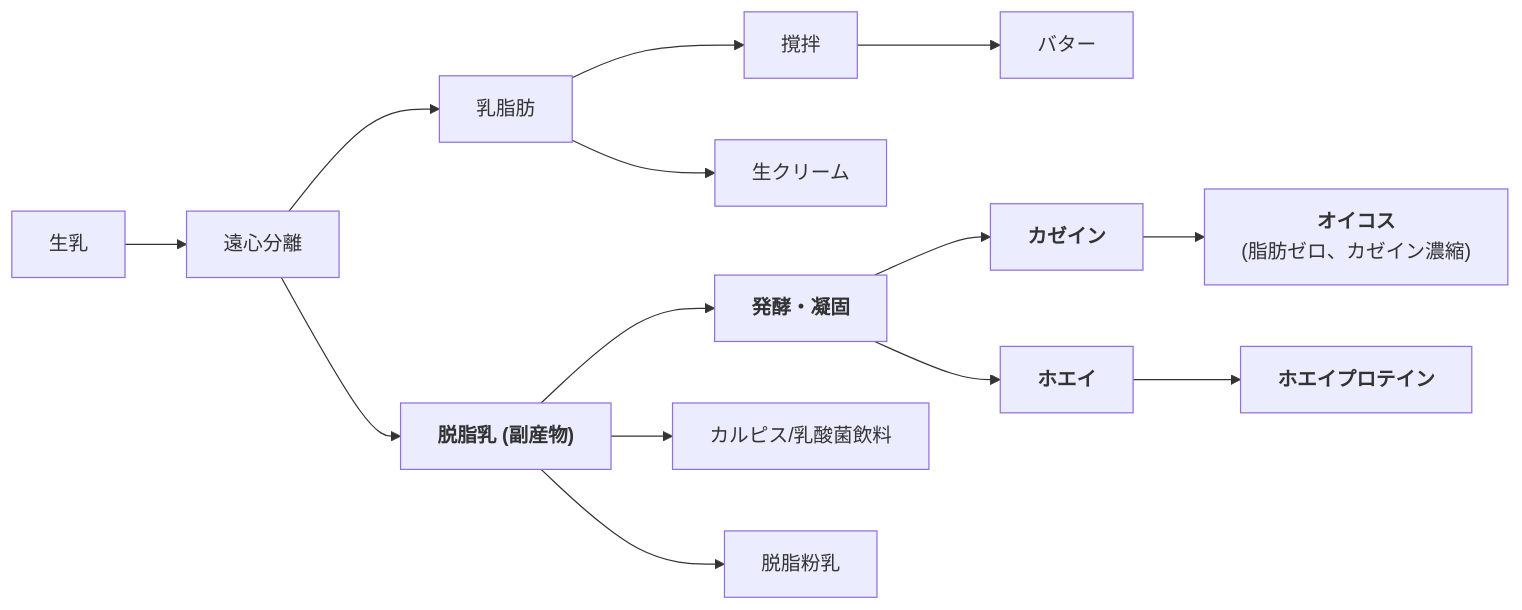
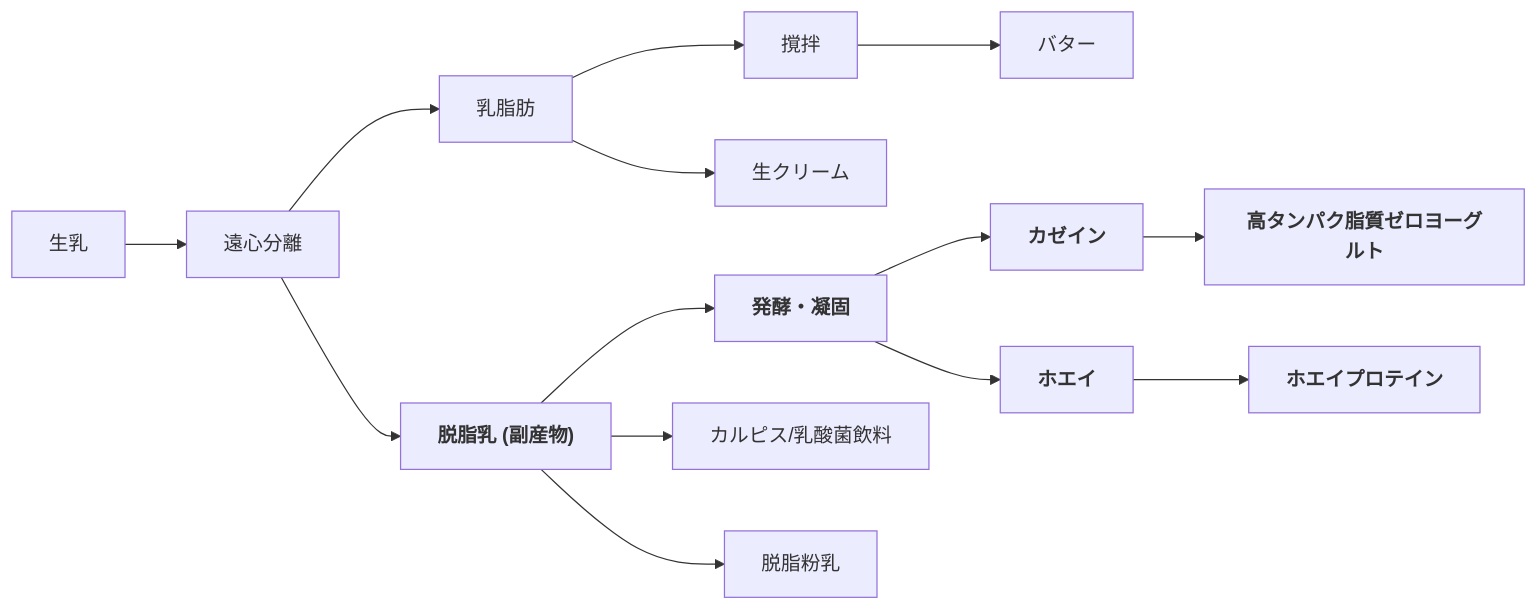
One commit to ussyi-git/- changed the first of 2 diagrams in README.md. Above: the diagram before and after it, drawn with Mermaid.

````diff
--- a/README.md
+++ b/README.md
@@ -1,23 +1,23 @@
 ```mermaid
 graph LR
 Milk["生乳"]-->Separator["遠心分離"]
 %% --- クリーム側の流れ ---
 Separator-->Cream["乳脂肪"]
 Cream-->ButterProcess["撹拌"]
   Cream-->creamyProcess["生クリーム"]
 ButterProcess-->Butter["バター"]
 %% --- 脱脂乳側の流れ ---
 Separator-->SkimMilk["<b>脱脂乳 (副産物)</b>"]
 %% 発酵プロセスへ
 SkimMilk-->Ferment["<b>発酵・凝固</b>"]
 %% そのまま加工
 SkimMilk-->Calpis["カルピス/乳酸菌飲料"]
 SkimMilk-->Powder["脱脂粉乳"]
 %% 固形分（カゼイン）の行方
 Ferment-->Curd["<b>カゼイン</b>"]
-Curd-->Oikos["<b>オイコス</b><br>(脂肪ゼロ、カゼイン濃縮)"]
+Curd-->Oikos["<b>高タンパク脂質ゼロヨーグルト</b>"]
 %% 液体（ホエイ）の行方
 Ferment-->Whey["<b>ホエイ</b>"]
 Whey-->WPC_WPI["<b>ホエイプロテイン</b>"]
 
 ```
````
